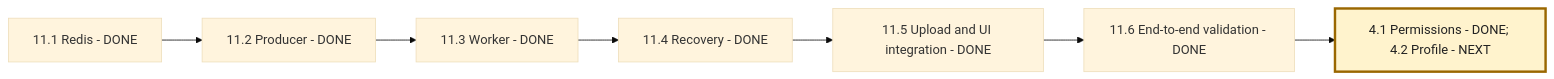
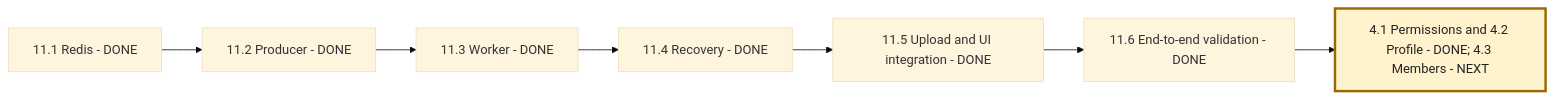
Before and after one commit to msdian0007/nexaAi: the third of 3 diagrams in NEXAAI_ROADMAP.md, drawn with Mermaid (base theme). The commit also changed other lines of this file and 13 other files, not shown here.

````diff
--- a/NEXAAI_ROADMAP.md
+++ b/NEXAAI_ROADMAP.md
@@ -252,10 +252,10 @@
 ```mermaid
 flowchart LR
     A[11.1 Redis - DONE] --> B[11.2 Producer - DONE]
     B --> C[11.3 Worker - DONE]
     C --> D[11.4 Recovery - DONE]
     D --> E[11.5 Upload and UI integration - DONE]
     E --> F[11.6 End-to-end validation - DONE]
-    F --> G[4.1 Permissions - DONE; 4.2 Profile - NEXT]
+    F --> G[4.1 Permissions and 4.2 Profile - DONE; 4.3 Members - NEXT]
     style G fill:#fff3cd,stroke:#9a6700,stroke-width:3px,color:#222
 ```
````
